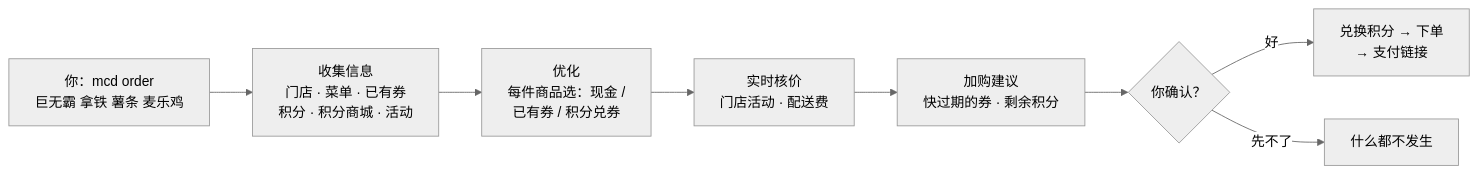
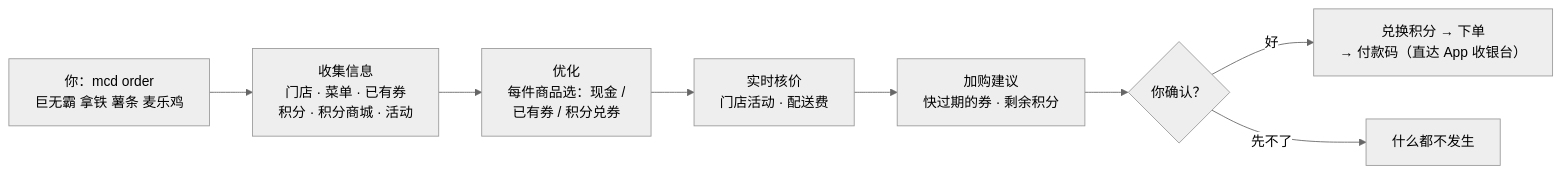
One commit to Zhangfengmo/mcd-terminal changed the diagram in README.md. Above: the diagram before and after it, drawn with Mermaid (neutral theme). The commit also changed other lines of this file and 5 other files, not shown here.

Commit message:
README 全面更新：最近更新、派对和热量统计截图、付款码说明、常见问题补充；演示录屏重录

````diff
--- a/README.md
+++ b/README.md
@@ -106,11 +133,11 @@
 ```mermaid
 %%{init: {"flowchart": {"wrappingWidth": 320}}}%%
 flowchart LR
     A["你：mcd order<br/>巨无霸 拿铁 薯条 麦乐鸡"] --> B["收集信息<br/>门店 · 菜单 · 已有券<br/>积分 · 积分商城 · 活动"]
     B --> C["优化<br/>每件商品选：现金 /<br/>已有券 / 积分兑券"]
     C --> D["实时核价<br/>门店活动 · 配送费"]
     D --> E["加购建议<br/>快过期的券 · 剩余积分"]
     E --> F{"你确认？"}
-    F -- 好 --> G["兑换积分 → 下单<br/>→ 支付链接"]
+    F -- 好 --> G["兑换积分 → 下单<br/>→ 付款码（直达 App 收银台）"]
     F -- 先不了 --> H["什么都不发生"]
 ```
````
